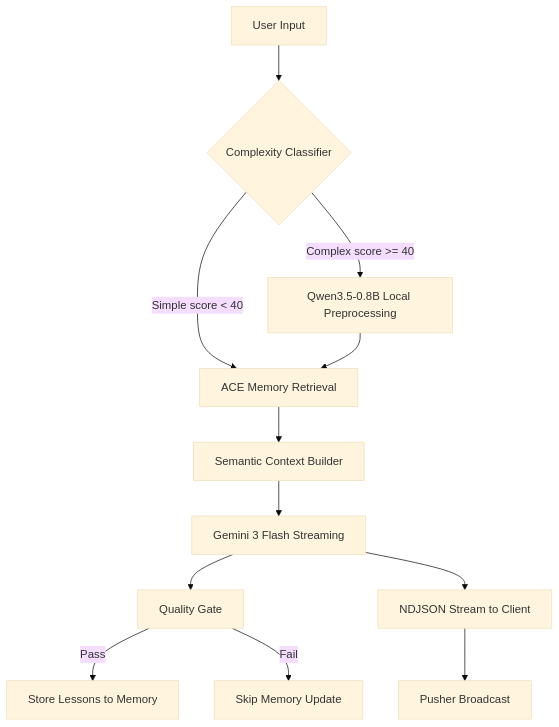
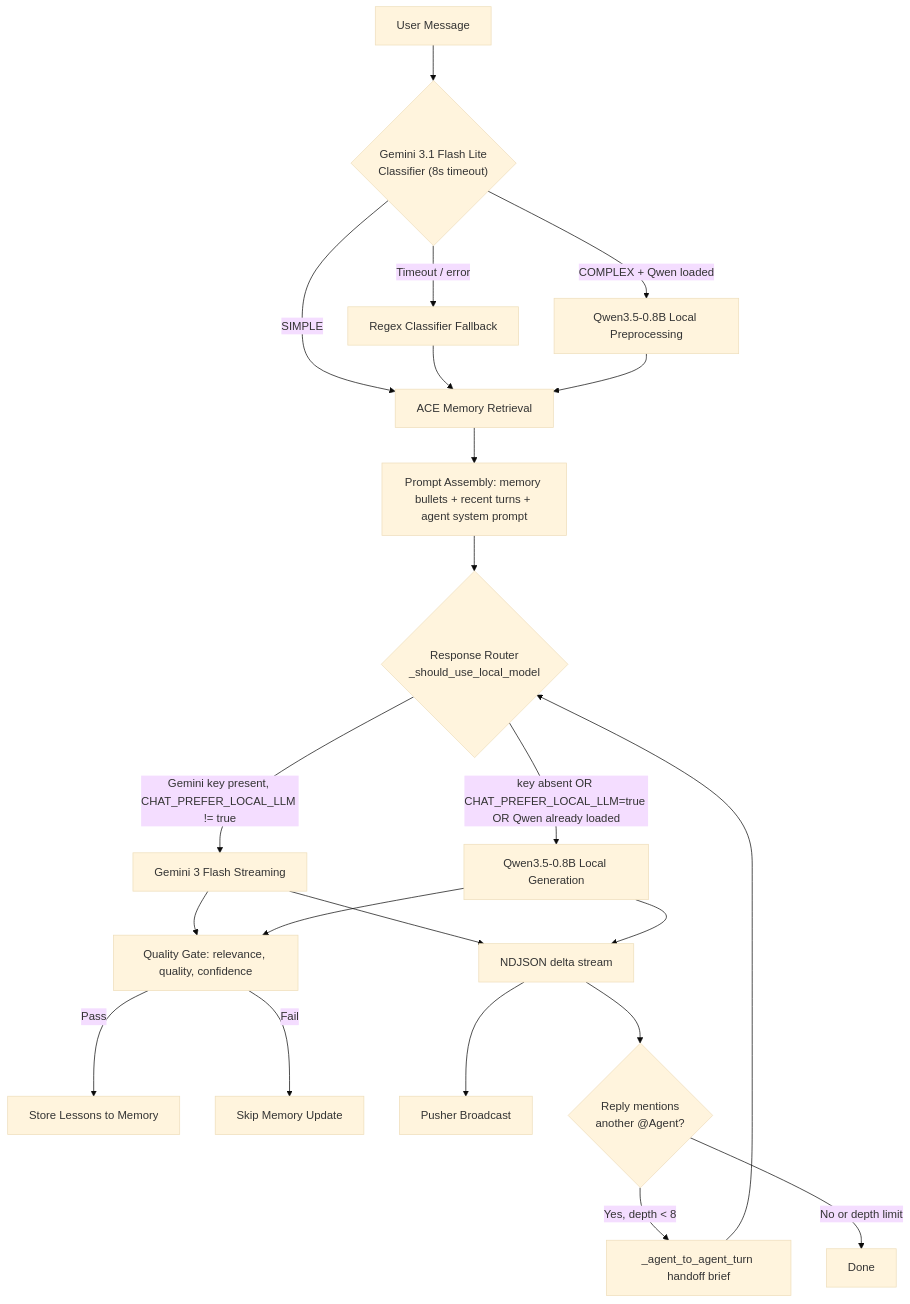
One commit to Edward-H26/MIRA changed the first of 3 diagrams in README_AI.md. Above: the diagram before and after it, drawn with Mermaid (base theme). The commit also changed other lines of this file and 126 other files, not shown here.

````diff
--- a/README_AI.md
+++ b/README_AI.md
@@ -171,14 +207,24 @@
 ```mermaid
 graph TD
-    A[User Input] --> B{Complexity Classifier}
-    B -->|Simple score < 40| C[ACE Memory Retrieval]
-    B -->|Complex score >= 40| D[Qwen3.5-0.8B Local Preprocessing]
+    A[User Message] --> B{"Gemini 3.1 Flash Lite<br/>Classifier (8s timeout)"}
+    B -->|Timeout / error| B2[Regex Classifier Fallback]
+    B -->|SIMPLE| C[ACE Memory Retrieval]
+    B -->|COMPLEX + Qwen loaded| D[Qwen3.5-0.8B Local Preprocessing]
+    B2 --> C
     D --> C
-    C --> E[Semantic Context Builder]
-    E --> F[Gemini 3 Flash Streaming]
-    F --> G[Quality Gate]
+    C --> E[Prompt Assembly: memory bullets + recent turns + agent system prompt]
+    E --> F{"Response Router<br/>_should_use_local_model"}
+    F -->|Gemini key present, CHAT_PREFER_LOCAL_LLM != true| F1[Gemini 3 Flash Streaming]
+    F -->|key absent OR CHAT_PREFER_LOCAL_LLM=true OR Qwen already loaded| F2[Qwen3.5-0.8B Local Generation]
+    F1 --> G[Quality Gate: relevance, quality, confidence]
+    F2 --> G
     G -->|Pass| H[Store Lessons to Memory]
     G -->|Fail| I[Skip Memory Update]
-    F --> J[NDJSON Stream to Client]
+    F1 --> J[NDJSON delta stream]
+    F2 --> J
     J --> K[Pusher Broadcast]
+    J --> L{"Reply mentions<br/>another @Agent?"}
+    L -->|Yes, depth < 8| M[_agent_to_agent_turn handoff brief]
+    M --> F
+    L -->|No or depth limit| N[Done]
 ```
````
